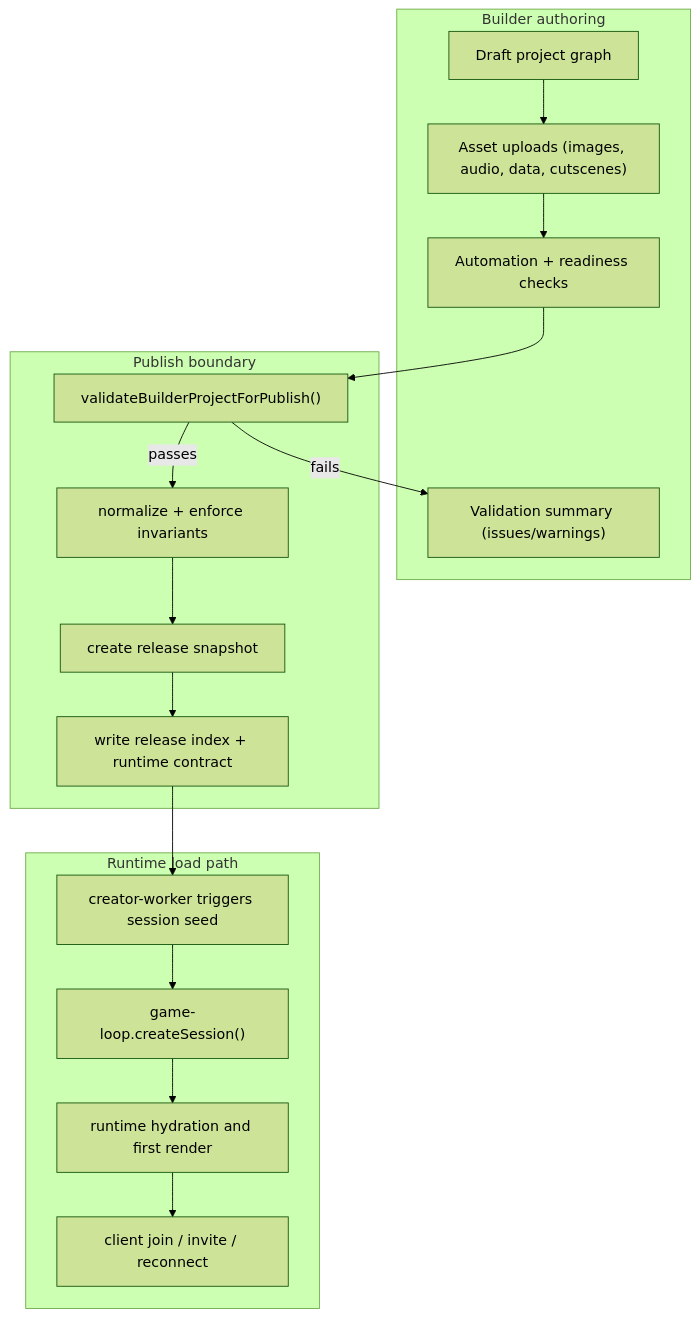
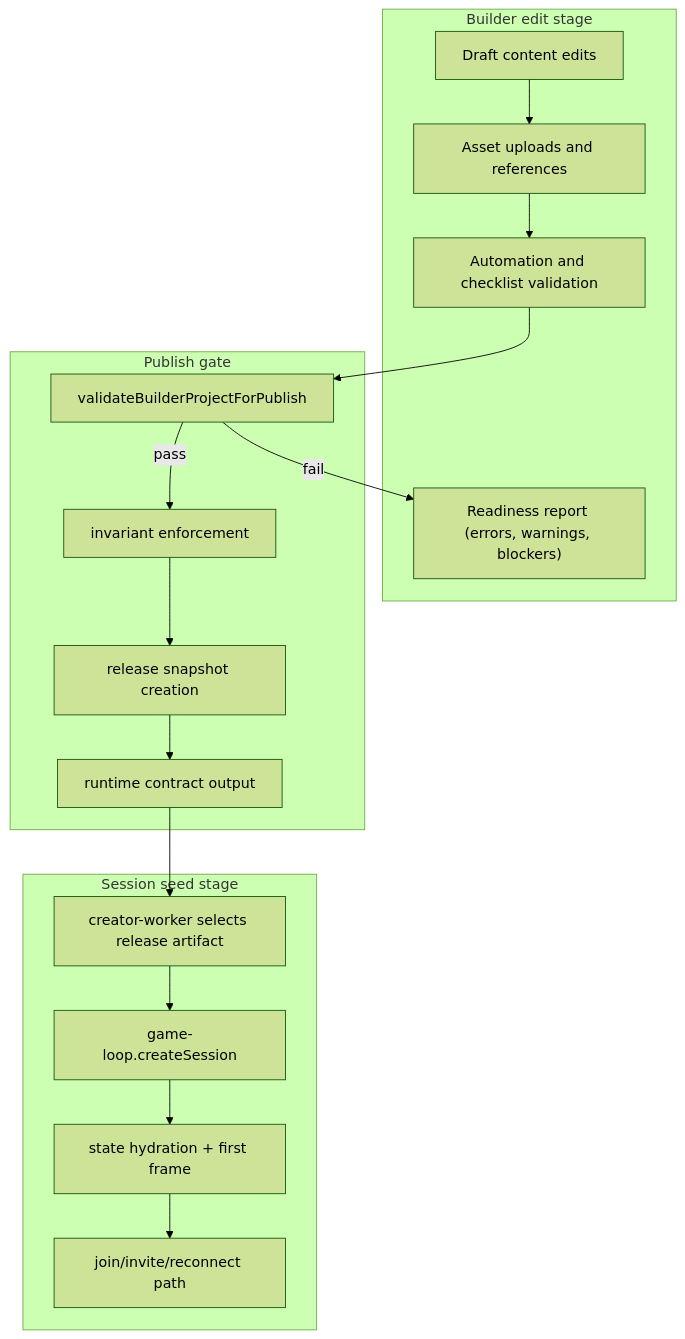
The third of 10 diagrams in README.md (d4551/tea), drawn with Mermaid (forest theme) before and after one commit. The commit also changed other lines of this file and 2 other files, not shown here.

Commit message:
Expand README with comprehensive bilingual English-first documentation

````diff
--- a/README.md
+++ b/README.md
@@ -137,30 +151,28 @@
 ```mermaid
 flowchart TD
-  subgraph Authoring["Builder authoring"]
-    A1["Draft project graph"]
-    A2["Asset uploads (images, audio, data, cutscenes)"]
-    A3["Automation + readiness checks"]
-    A4["Validation summary (issues/warnings)"]
+  subgraph Edit["Builder edit stage"]
+    B1["Draft content edits"]
+    B2["Asset uploads and references"]
+    B3["Automation and checklist validation"]
+    B4["Readiness report (errors, warnings, blockers)"]
   end
 
-  subgraph Publish["Publish boundary"]
-    B1["validateBuilderProjectForPublish()"]
-    B2["normalize + enforce invariants"]
-    B3["create release snapshot"]
-    B4["write release index + runtime contract"]
+  subgraph Gate["Publish gate"]
+    P1["validateBuilderProjectForPublish"]
+    P2["invariant enforcement"]
+    P3["release snapshot creation"]
+    P4["runtime contract output"]
   end
 
-  subgraph Runtime["Runtime load path"]
-    C1["creator-worker triggers session seed"]
-    C2["game-loop.createSession()"]
-    C3["runtime hydration and first render"]
-    C4["client join / invite / reconnect"]
+  subgraph Seed["Session seed stage"]
+    R1["creator-worker selects release artifact"]
+    R2["game-loop.createSession"]
+    R3["state hydration + first frame"]
+    R4["join/invite/reconnect path"]
   end
 
-  A1 --> A2
-  A2 --> A3
-  A3 --> B1
-  B1 -->|passes| B2 --> B3 --> B4 --> C1
-  B1 -->|fails| A4
-  C1 --> C2 --> C3 --> C4
+  B1 --> B2 --> B3 --> P1
+  P1 -->|pass| P2 --> P3 --> P4 --> R1
+  P1 -->|fail| B4
+  R1 --> R2 --> R3 --> R4
 ```
````
